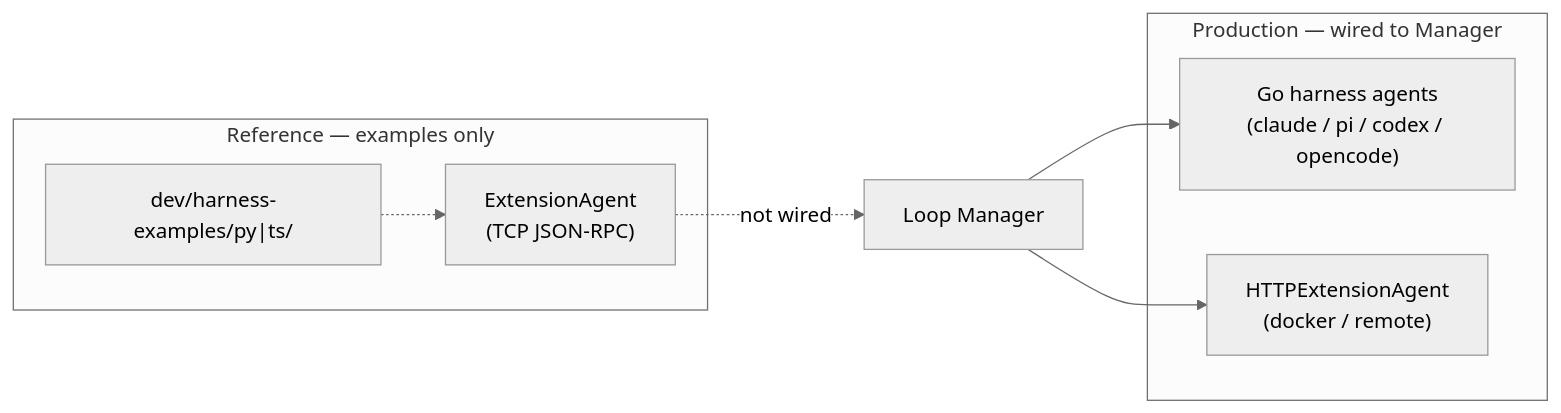
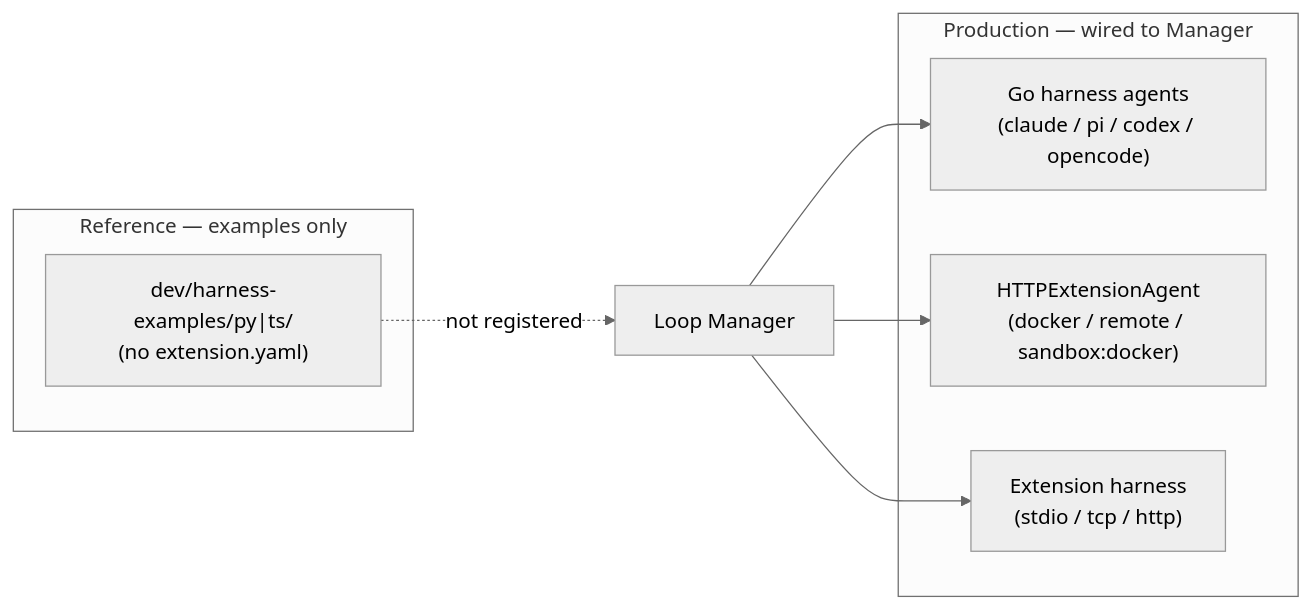
The diagram in dev/harness-design.md (plmbr/nui), drawn with Mermaid (neutral theme) before and after one commit. The commit also changed other lines of this file and 11 other files, not shown here.

````diff
--- a/dev/harness-design.md
+++ b/dev/harness-design.md
@@ -7,17 +7,17 @@
 ```mermaid
 flowchart LR
   subgraph production [Production — wired to Manager]
     GoHarnesses["Go harness agents\n(claude / pi / codex / opencode)"]
-    HTTPExt["HTTPExtensionAgent\n(docker / remote)"]
+    HTTPExt["HTTPExtensionAgent\n(docker / remote / sandbox:docker)"]
+    ExtHarness["Extension harness\n(stdio / tcp / http)"]
   end
 
   subgraph reference [Reference — examples only]
-    TCPExt["ExtensionAgent\n(TCP JSON-RPC)"]
-    PyTS["dev/harness-examples/py|ts/"]
+    PyTS["dev/harness-examples/py|ts/\n(no extension.yaml)"]
   end
 
   Loop[Loop Manager] --> GoHarnesses
   Loop --> HTTPExt
-  TCPExt -.->|not wired| Loop
-  PyTS -.-> TCPExt
+  Loop --> ExtHarness
+  PyTS -.->|not registered| Loop
 ```
````
